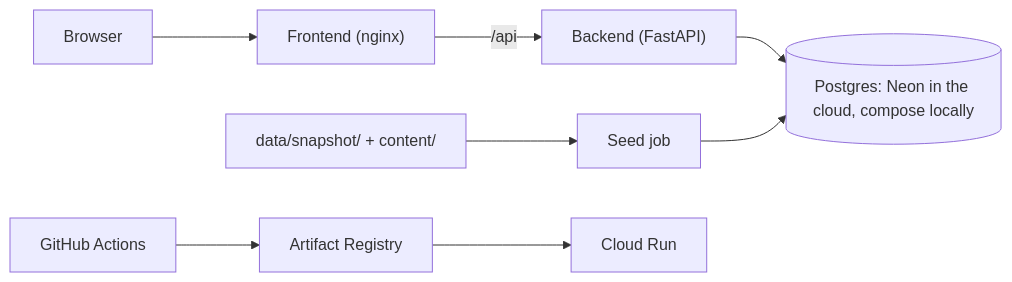
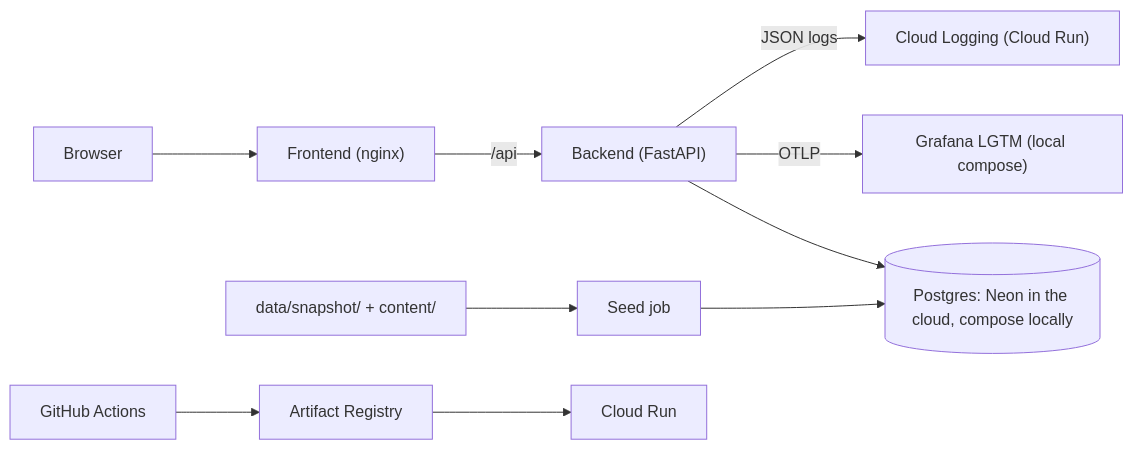
One commit to Sanjomwa/clio-findings-explorer changed the diagram in README.md. Above: the diagram before and after it, drawn with Mermaid. The commit also changed other lines of this file and 1 other file, not shown here.

First line of the commit message:
docs: README observability evidence (19/24), telemetry in architecture, security issue #14 [skip ci]

````diff
--- a/README.md
+++ b/README.md
@@ -129,9 +129,11 @@
 ```mermaid
 flowchart LR
   Browser --> Nginx["Frontend (nginx)"]
   Nginx -->|/api| API["Backend (FastAPI)"]
   API --> DB[("Postgres: Neon in the cloud, compose locally")]
   Seed["Seed job"] --> DB
   Snap["data/snapshot/ + content/"] --> Seed
   GH["GitHub Actions"] --> AR["Artifact Registry"] --> Run["Cloud Run"]
+  API -->|OTLP| LGTM["Grafana LGTM (local compose)"]
+  API -->|JSON logs| CL["Cloud Logging (Cloud Run)"]
 ```
````
